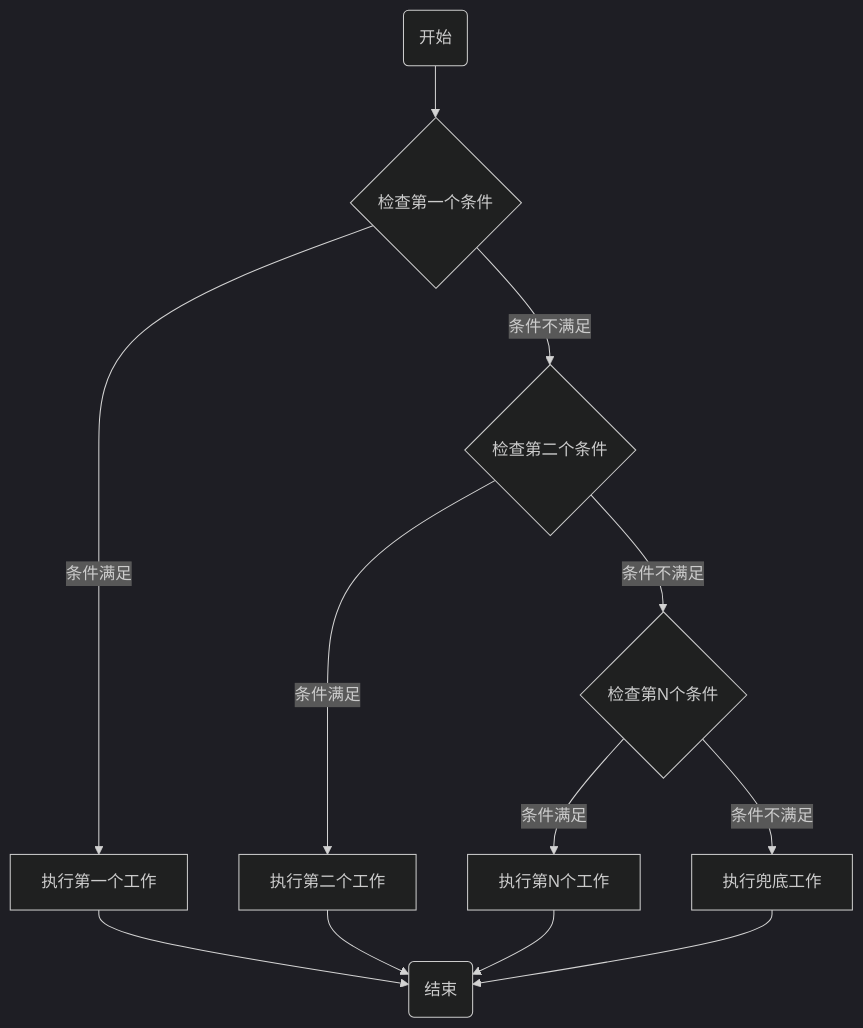
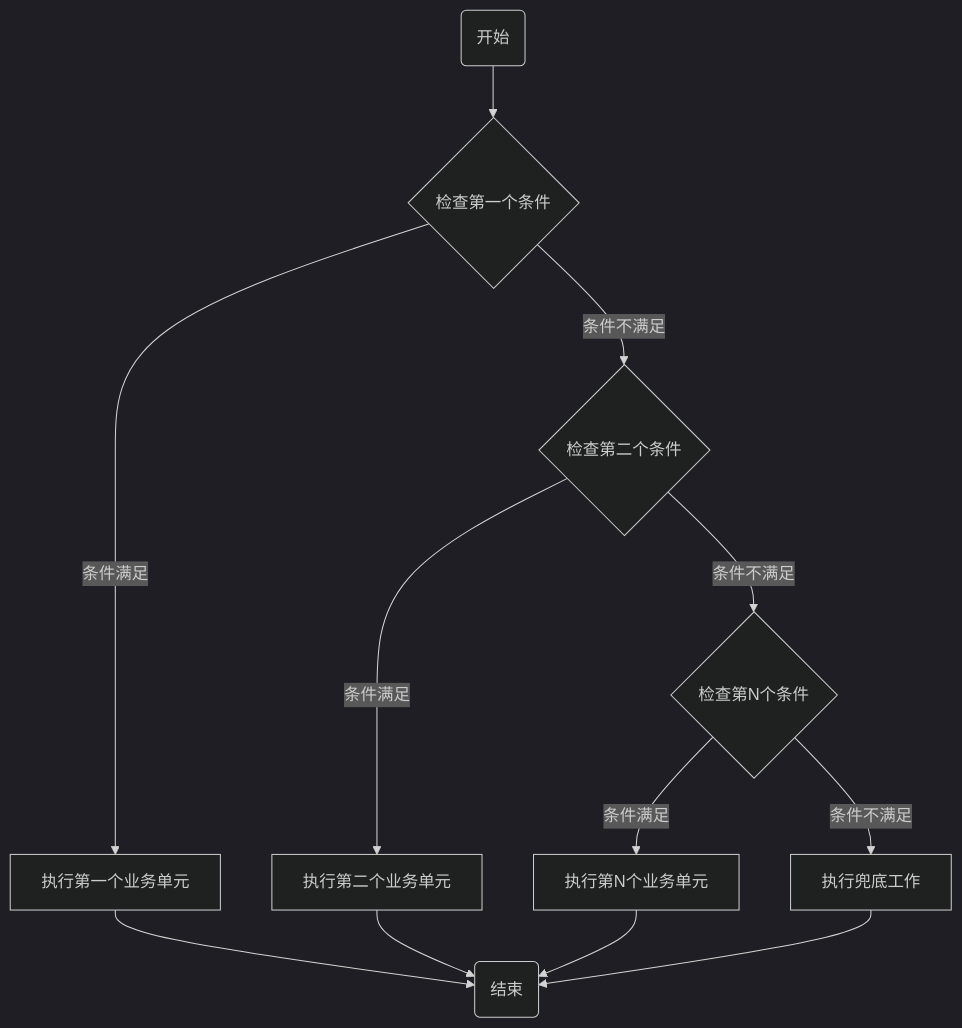
Before and after one commit to tenderne13/hello-easy-flow-bpmn: the fourth of 10 diagrams in README.md, drawn with Mermaid (dark theme). The commit also changed other lines of this file and 3 other files, not shown here.

````diff
--- a/README.md
+++ b/README.md
@@ -57,14 +57,14 @@
 ```mermaid
 graph TB
     Start(开始) --> PredicateCheck1{检查第一个条件}
-    PredicateCheck1 -- 条件满足 --> Work1[执行第一个工作]
+    PredicateCheck1 -- 条件满足 --> Work1[执行第一个业务单元]
     Work1 --> End(结束)
     PredicateCheck1 -- 条件不满足 --> PredicateCheck2{检查第二个条件}
-    PredicateCheck2 -- 条件满足 --> Work2[执行第二个工作]
+    PredicateCheck2 -- 条件满足 --> Work2[执行第二个业务单元]
     Work2 --> End
     PredicateCheck2 -- 条件不满足 --> PredicateCheckN{检查第N个条件}
-    PredicateCheckN -- 条件满足 --> WorkN[执行第N个工作]
+    PredicateCheckN -- 条件满足 --> WorkN[执行第N个业务单元]
     WorkN --> End
     PredicateCheckN -- 条件不满足 --> OtherwiseWork[执行兜底工作]
     OtherwiseWork --> End
 ```
````
